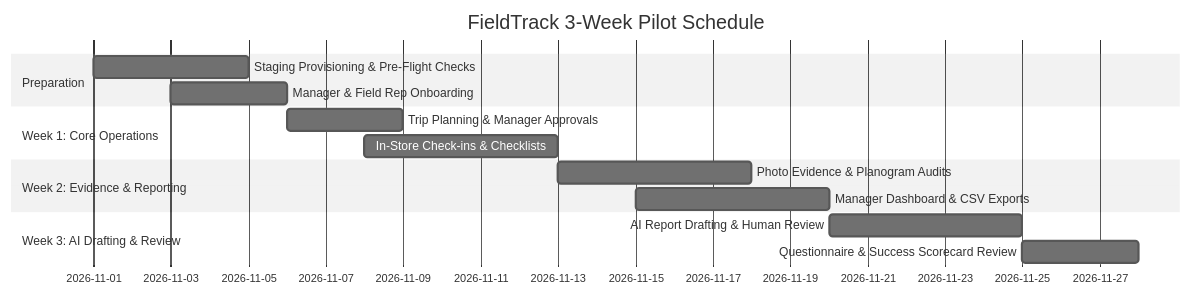
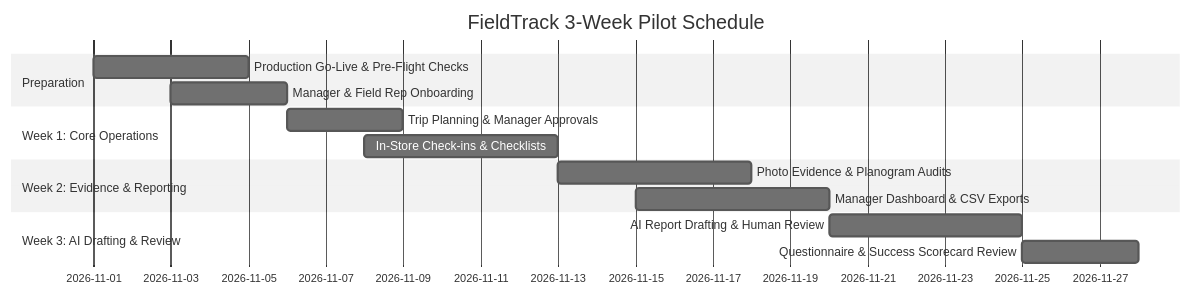
The diagram in PILOT_PLAN.md (rahbarrr/SAAS-startup), drawn with Mermaid (neutral theme) before and after one commit. The commit also changed other lines of this file, not shown here.

Commit message:
docs: remove staging phase from pilot plan

````diff
--- a/PILOT_PLAN.md
+++ b/PILOT_PLAN.md
@@ -37,17 +37,17 @@
 ```mermaid
 gantt
     title FieldTrack 3-Week Pilot Schedule
     dateFormat  YYYY-MM-DD
     section Preparation
-    Staging Provisioning & Pre-Flight Checks :2026-11-01, 4d
+    Production Go-Live & Pre-Flight Checks :2026-11-01, 4d
     Manager & Field Rep Onboarding           :2026-11-03, 3d
     section Week 1: Core Operations
     Trip Planning & Manager Approvals        :2026-11-06, 3d
     In-Store Check-ins & Checklists          :2026-11-08, 5d
     section Week 2: Evidence & Reporting
     Photo Evidence & Planogram Audits        :2026-11-13, 5d
     Manager Dashboard & CSV Exports          :2026-11-15, 5d
     section Week 3: AI Drafting & Review
     AI Report Drafting & Human Review        :2026-11-20, 5d
     Questionnaire & Success Scorecard Review :2026-11-25, 3d
 ```
````
